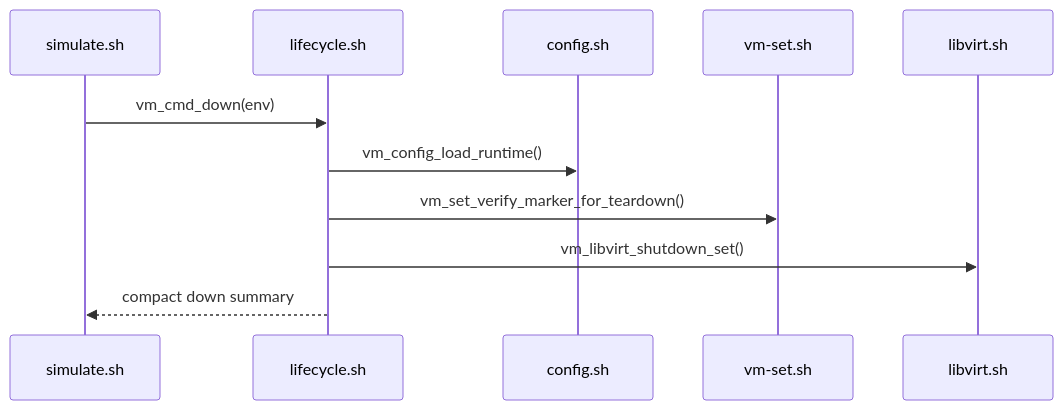
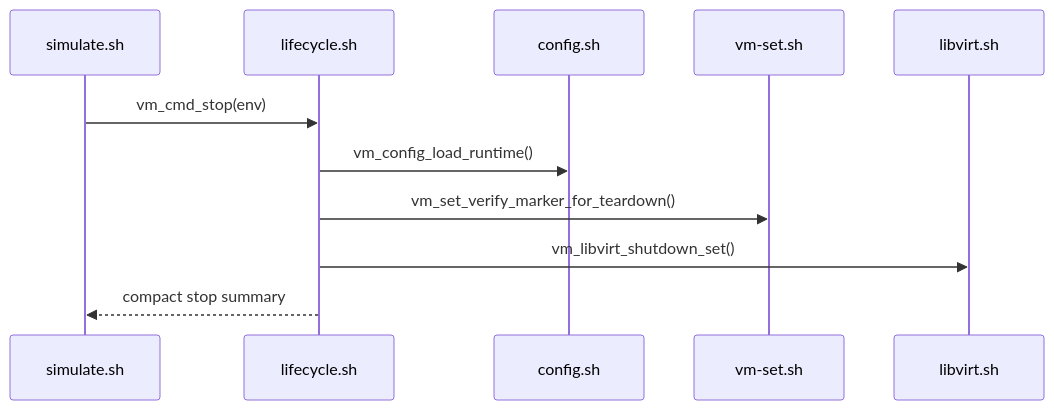
Before and after one commit to NoNine/loopforge: diagram 16 of 20 in simulation/vm/docs/sequences.md, drawn with Mermaid. The commit also changed other lines of this file and 26 other files, not shown here.

````diff
--- a/simulation/vm/docs/sequences.md
+++ b/simulation/vm/docs/sequences.md
@@ -334,14 +334,14 @@
 ```mermaid
 sequenceDiagram
   participant CLI as simulate.sh
   participant LC as lifecycle.sh
   participant CFG as config.sh
   participant SET as vm-set.sh
   participant LV as libvirt.sh
 
-  CLI->>LC: vm_cmd_down(env)
+  CLI->>LC: vm_cmd_stop(env)
   LC->>CFG: vm_config_load_runtime()
   LC->>SET: vm_set_verify_marker_for_teardown()
   LC->>LV: vm_libvirt_shutdown_set()
-  LC-->>CLI: compact down summary
+  LC-->>CLI: compact stop summary
 ```
````
